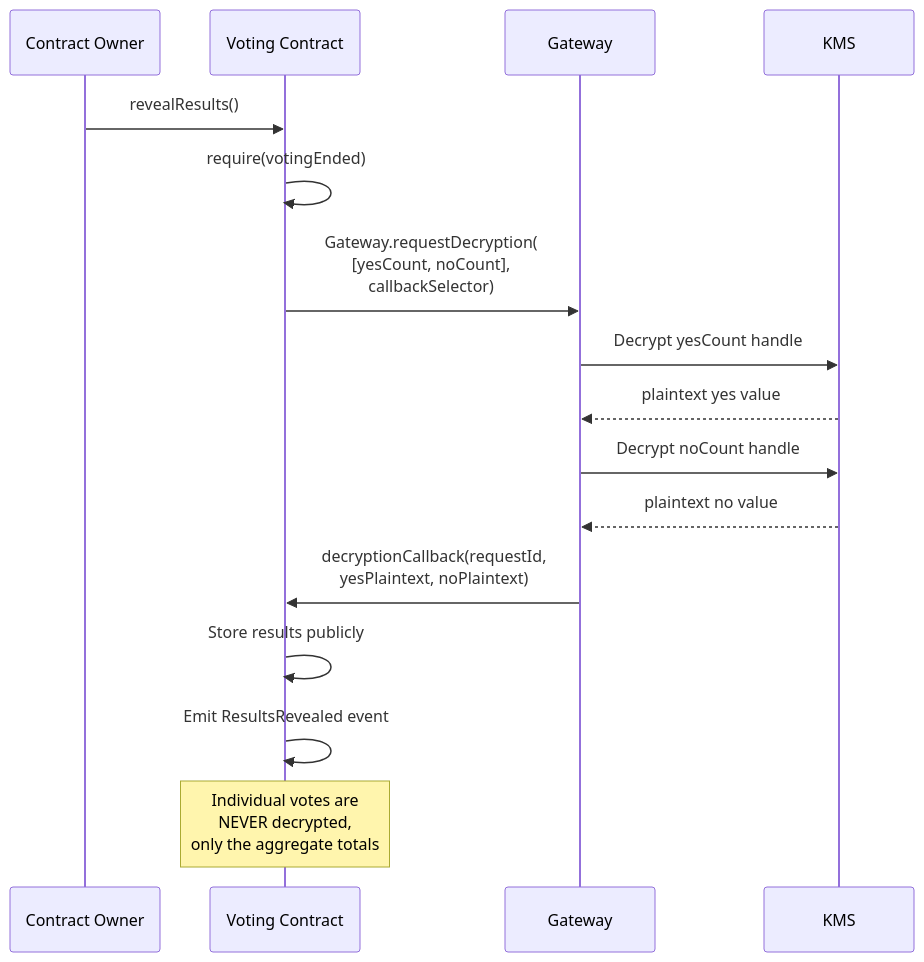
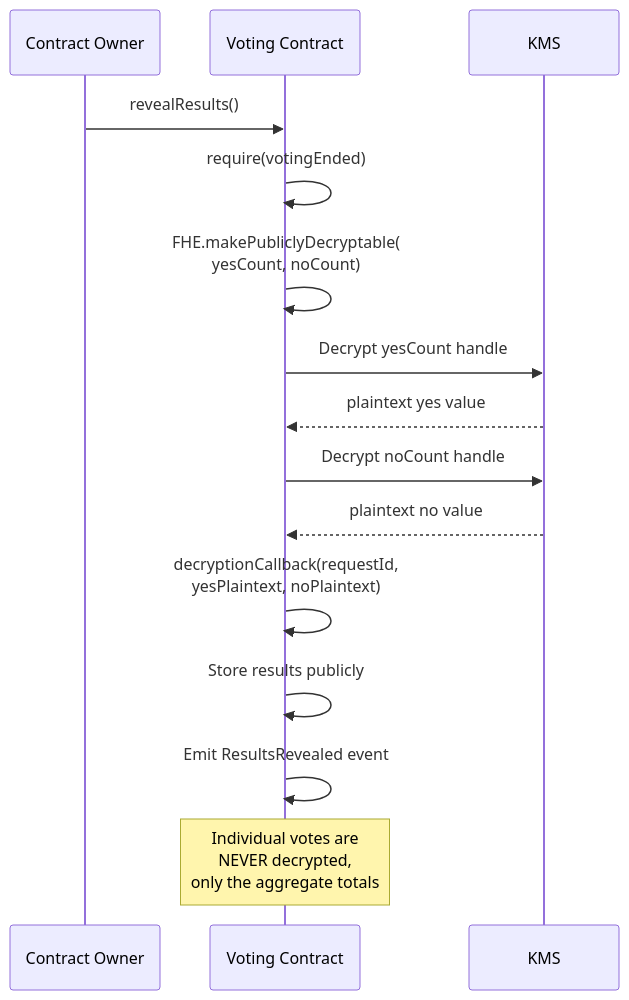
Before and after one commit to Himess/fhevm-bootcamp: the fourth of 4 diagrams in diagrams/voting-flow.md, drawn with Mermaid. The commit also changed other lines of this file and 33 other files, not shown here.

````diff
--- a/diagrams/voting-flow.md
+++ b/diagrams/voting-flow.md
@@ -119,23 +119,22 @@
 ```mermaid
 sequenceDiagram
     participant Owner as Contract Owner
     participant Contract as Voting Contract
-    participant GW as Gateway
     participant KMS as KMS
 
     Owner->>Contract: revealResults()
     Contract->>Contract: require(votingEnded)
 
-    Contract->>GW: Gateway.requestDecryption(<br/>[yesCount, noCount],<br/>callbackSelector)
+    Contract->>Contract: FHE.makePubliclyDecryptable(<br/>yesCount, noCount)
 
-    GW->>KMS: Decrypt yesCount handle
-    KMS-->>GW: plaintext yes value
-    GW->>KMS: Decrypt noCount handle
-    KMS-->>GW: plaintext no value
+    Contract->>KMS: Decrypt yesCount handle
+    KMS-->>Contract: plaintext yes value
+    Contract->>KMS: Decrypt noCount handle
+    KMS-->>Contract: plaintext no value
 
-    GW->>Contract: decryptionCallback(requestId,<br/>yesPlaintext, noPlaintext)
+    Contract->>Contract: decryptionCallback(requestId,<br/>yesPlaintext, noPlaintext)
     Contract->>Contract: Store results publicly
     Contract->>Contract: Emit ResultsRevealed event
 
     Note over Contract: Individual votes are<br/>NEVER decrypted,<br/>only the aggregate totals
 ```
````
